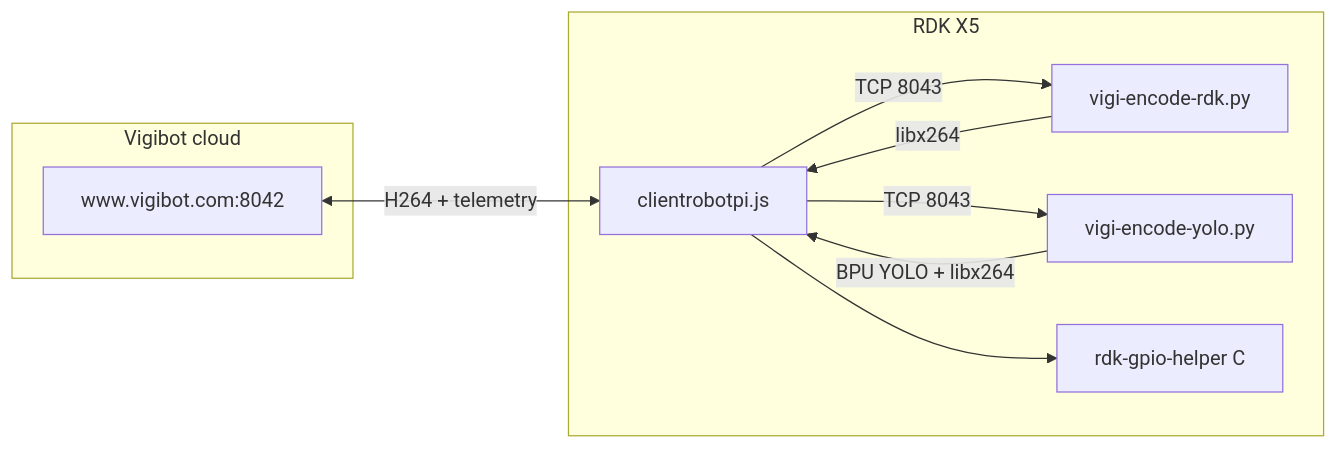
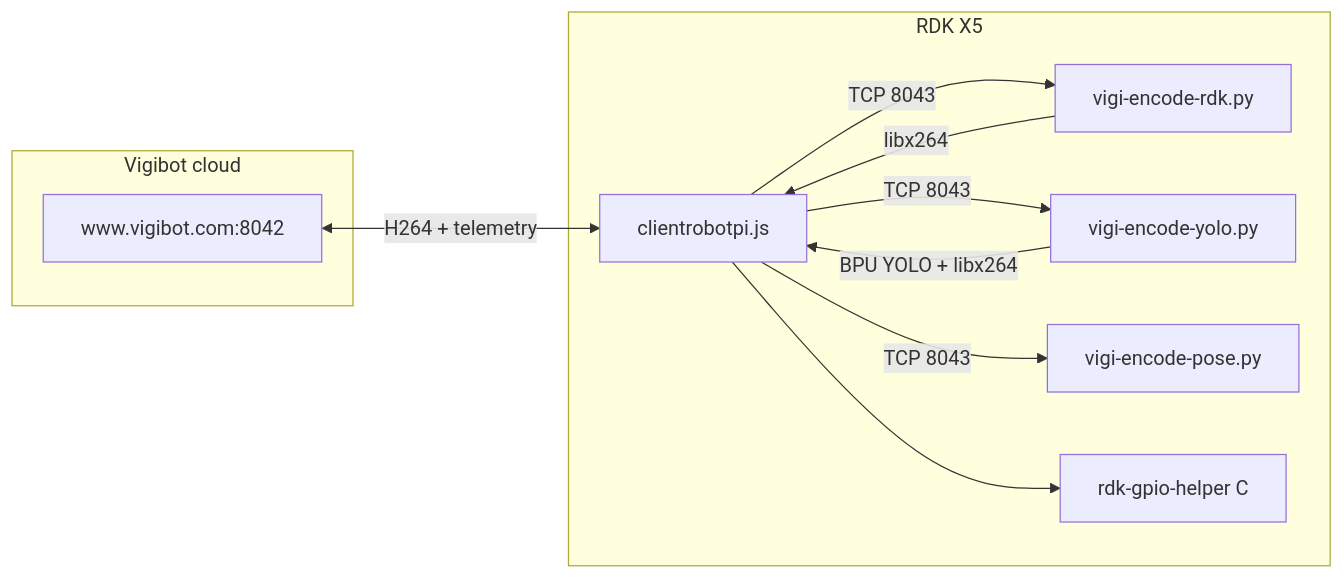
The diagram in README.md (XimunMendiburu-git/vigibot-rdk-x5), drawn with Mermaid before and after one commit. The commit also changed other lines of this file and 18 other files, not shown here.

````diff
--- a/README.md
+++ b/README.md
@@ -23,18 +24,20 @@
 ```mermaid
 flowchart LR
   subgraph vigibot [Vigibot cloud]
     Server["www.vigibot.com:8042"]
   end
   subgraph rdk [RDK X5]
     Node[clientrobotpi.js]
     Enc0[vigi-encode-rdk.py]
     Enc1[vigi-encode-yolo.py]
+    Enc2[vigi-encode-pose.py]
     GpioBridge[rdk-gpio-helper C]
     Node -->|"TCP 8043"| Enc0
     Node -->|"TCP 8043"| Enc1
+    Node -->|"TCP 8043"| Enc2
     Node --> GpioBridge
   end
   Server <-->|"H264 + telemetry"| Node
   Enc0 -->|libx264| Node
   Enc1 -->|"BPU YOLO + libx264"| Node
 ```
````
